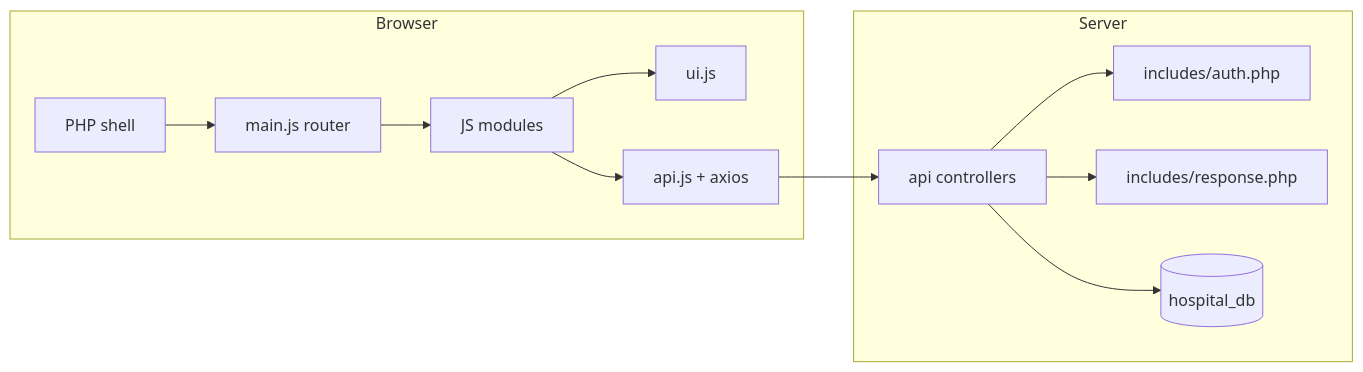
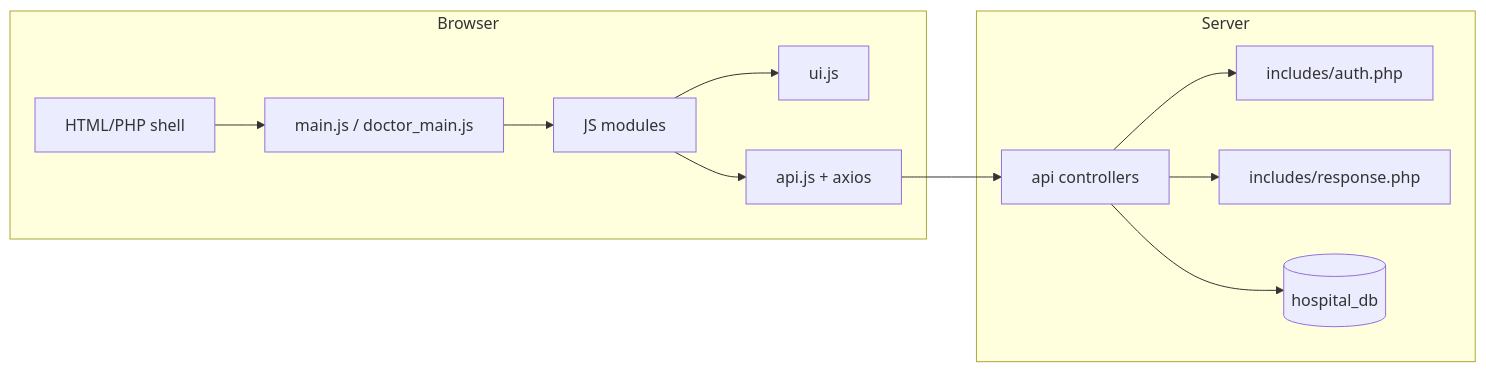
One commit to Zula-stdnt/Clinic-Appointment-and-Patient-Records-System changed the second of 2 diagrams in docs/obsidian-vault/Architecture.md. Above: the diagram before and after it, drawn with Mermaid. The commit also changed other lines of this file and 79 other files, not shown here.

````diff
--- a/docs/obsidian-vault/Architecture.md
+++ b/docs/obsidian-vault/Architecture.md
@@ -36,22 +40,22 @@
 ```mermaid
 flowchart LR
     subgraph Browser
-        Shell[PHP shell]
-        Router[main.js router]
+        Shell[HTML/PHP shell]
+        Router[main.js / doctor_main.js]
         Mod[JS modules]
         T[ui.js]
         APIJS[api.js + axios]
     end
     subgraph Server
         Ctrl[api controllers]
         Auth[includes/auth.php]
         Resp[includes/response.php]
         DB[(hospital_db)]
     end
     Shell --> Router --> Mod
     Mod --> T
     Mod --> APIJS --> Ctrl
     Ctrl --> Auth
     Ctrl --> Resp
     Ctrl --> DB
 ```
````
